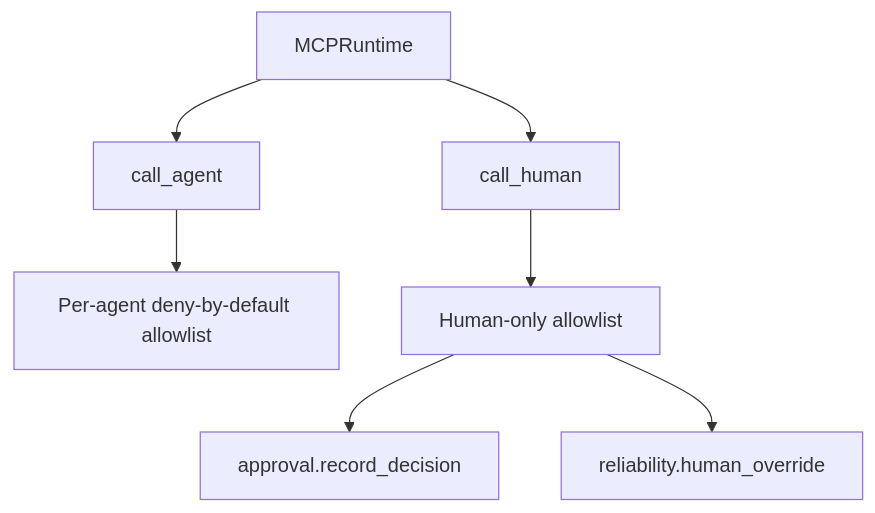
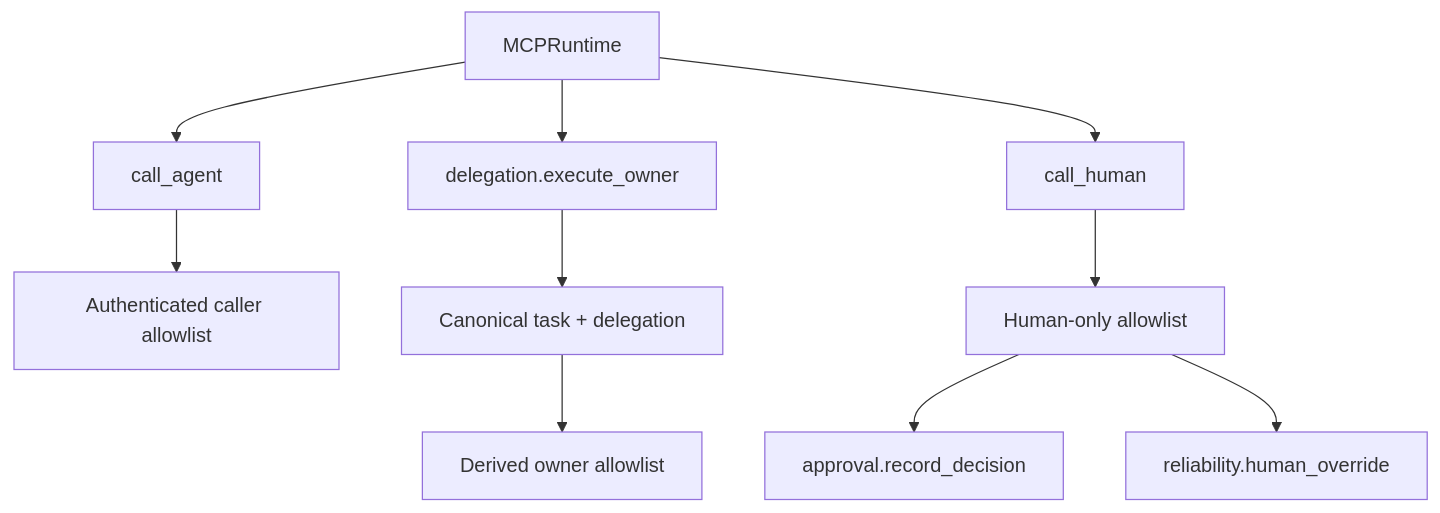
The fifth of 6 diagrams in docs/architecture.md (mkleinbe/mesh-ai-agent-cos-universe), drawn with Mermaid before and after one commit. The commit also changed other lines of this file, not shown here.

Commit message:
docs: integrate identity-aware delegated owner architecture

````diff
--- a/docs/architecture.md
+++ b/docs/architecture.md
@@ -110,10 +141,13 @@
 ```mermaid
 flowchart TB
     RT[MCPRuntime]
     RT --> AA[call_agent]
+    RT --> DX[delegation.execute_owner]
     RT --> HH[call_human]
-    AA --> AL[Per-agent deny-by-default allowlist]
+    AA --> AL[Authenticated caller allowlist]
+    DX --> CA[Canonical task + delegation]
+    CA --> OA[Derived owner allowlist]
     HH --> HL[Human-only allowlist]
     HL --> A[approval.record_decision]
     HL --> R[reliability.human_override]
 ```
````
